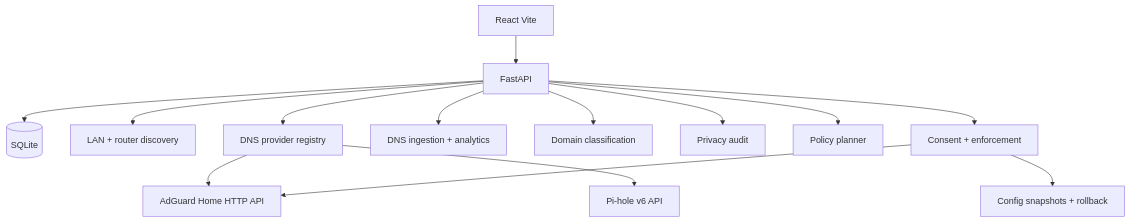
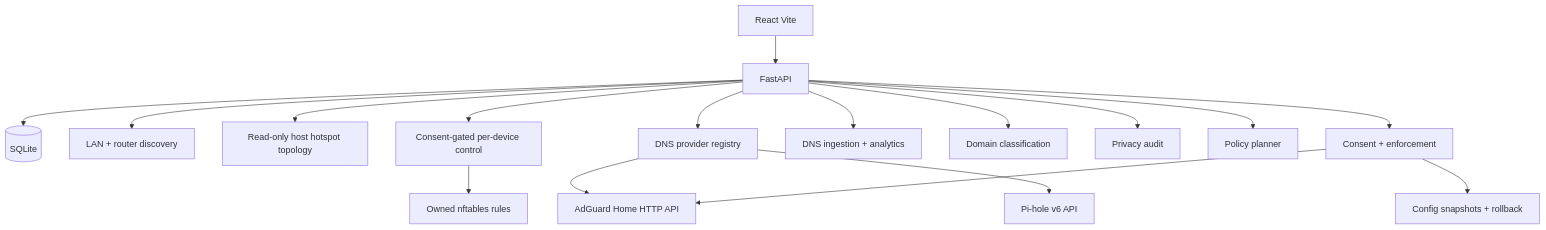
Before and after one commit to meghana-vanamoju/Netra: the diagram in docs/ARCHITECTURE.md, drawn with Mermaid. The commit also changed other lines of this file and 40 other files, not shown here.

Commit message:
feat: add verified per-device internet control and DNS monitoring

````diff
--- a/docs/ARCHITECTURE.md
+++ b/docs/ARCHITECTURE.md
@@ -3,16 +3,19 @@
 ```mermaid
 graph TD
   Frontend[React Vite] --> Backend[FastAPI]
   Backend --> SQLite[(SQLite)]
   Backend --> Discovery[LAN + router discovery]
+  Backend --> Topology[Read-only host hotspot topology]
+  Backend --> NetworkControl[Consent-gated per-device control]
+  NetworkControl --> Nftables[Owned nftables rules]
   Backend --> ProviderRegistry[DNS provider registry]
   ProviderRegistry --> AdGuard[AdGuard Home HTTP API]
   ProviderRegistry --> PiHole[Pi-hole v6 API]
   Backend --> DNS[DNS ingestion + analytics]
   Backend --> Classifier[Domain classification]
   Backend --> Audit[Privacy audit]
   Backend --> Policy[Policy planner]
   Backend --> Consent[Consent + enforcement]
   Consent --> AdGuard
   Consent --> Snapshots[Config snapshots + rollback]
 ```
````
